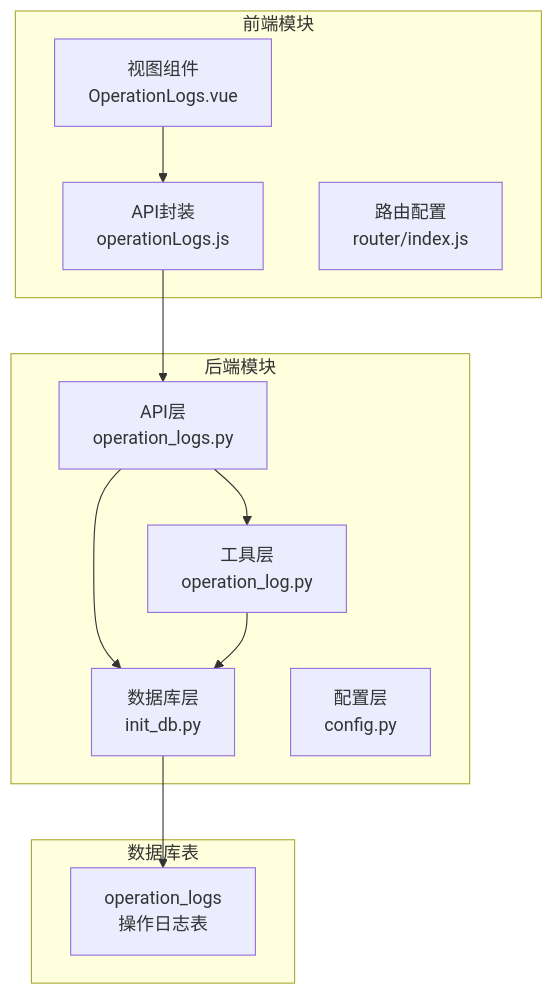
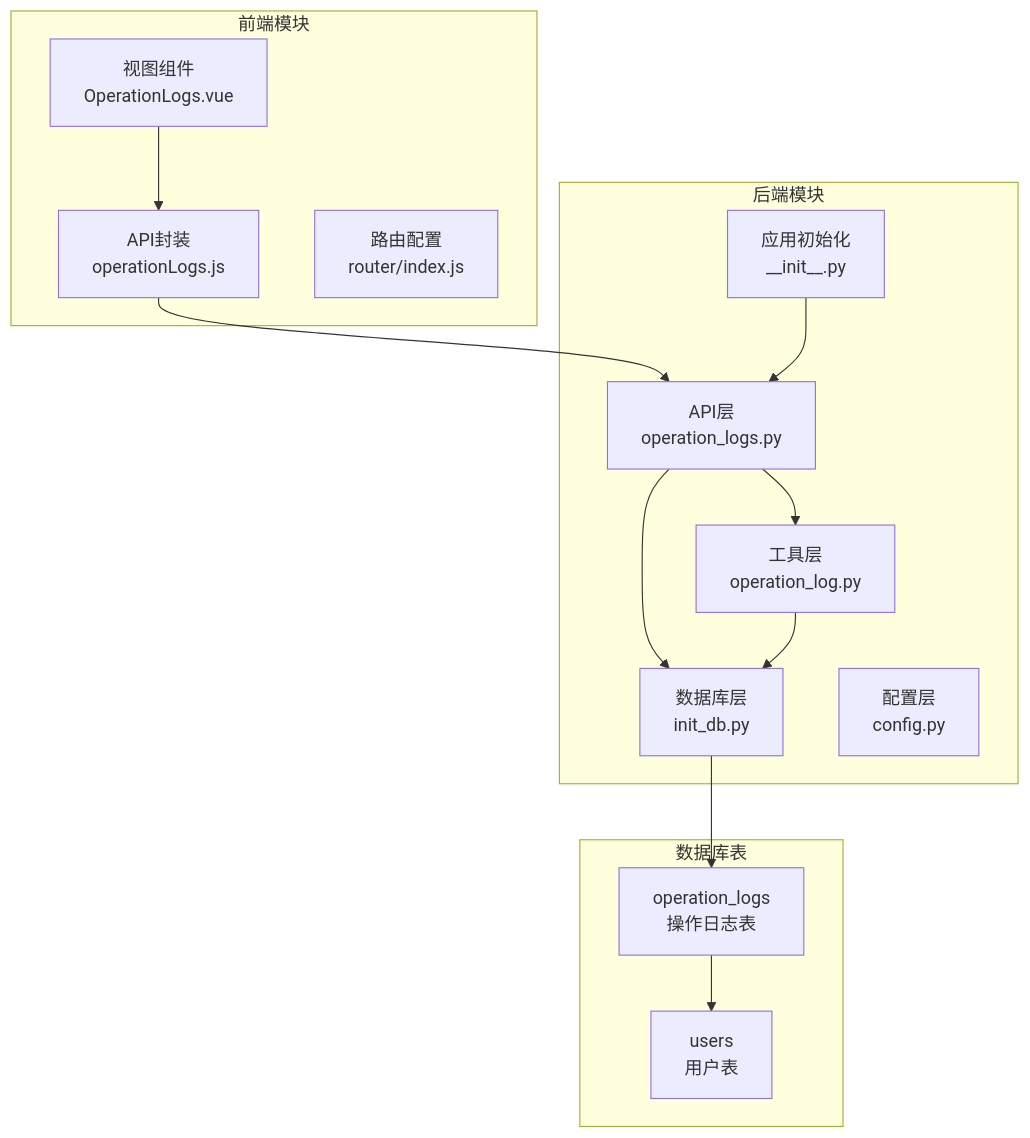
Before and after one commit to ismine3/OPS: the first of 9 diagrams in .qoder/repowiki/zh/content/核心功能模块/操作日志管理模块.md, drawn with Mermaid. The commit also changed other lines of this file and 5 other files, not shown here.

````diff
--- a/.qoder/repowiki/zh/content/核心功能模块/操作日志管理模块.md
+++ b/.qoder/repowiki/zh/content/核心功能模块/操作日志管理模块.md
@@ -40,23 +49,27 @@
 ```mermaid
 graph TB
 subgraph "后端模块"
 A[API层<br/>operation_logs.py]
 B[工具层<br/>operation_log.py]
 C[数据库层<br/>init_db.py]
 D[配置层<br/>config.py]
+E[应用初始化<br/>__init__.py]
 end
 subgraph "前端模块"
-E[视图组件<br/>OperationLogs.vue]
-F[API封装<br/>operationLogs.js]
-G[路由配置<br/>router/index.js]
+F[视图组件<br/>OperationLogs.vue]
+G[API封装<br/>operationLogs.js]
+H[路由配置<br/>router/index.js]
 end
 subgraph "数据库表"
-H[operation_logs<br/>操作日志表]
+I[operation_logs<br/>操作日志表]
+J[users<br/>用户表]
 end
 A --> B
 A --> C
 B --> C
-E --> F
-F --> A
-C --> H
+F --> G
+G --> A
+C --> I
+I --> J
+E --> A
 ```
````
